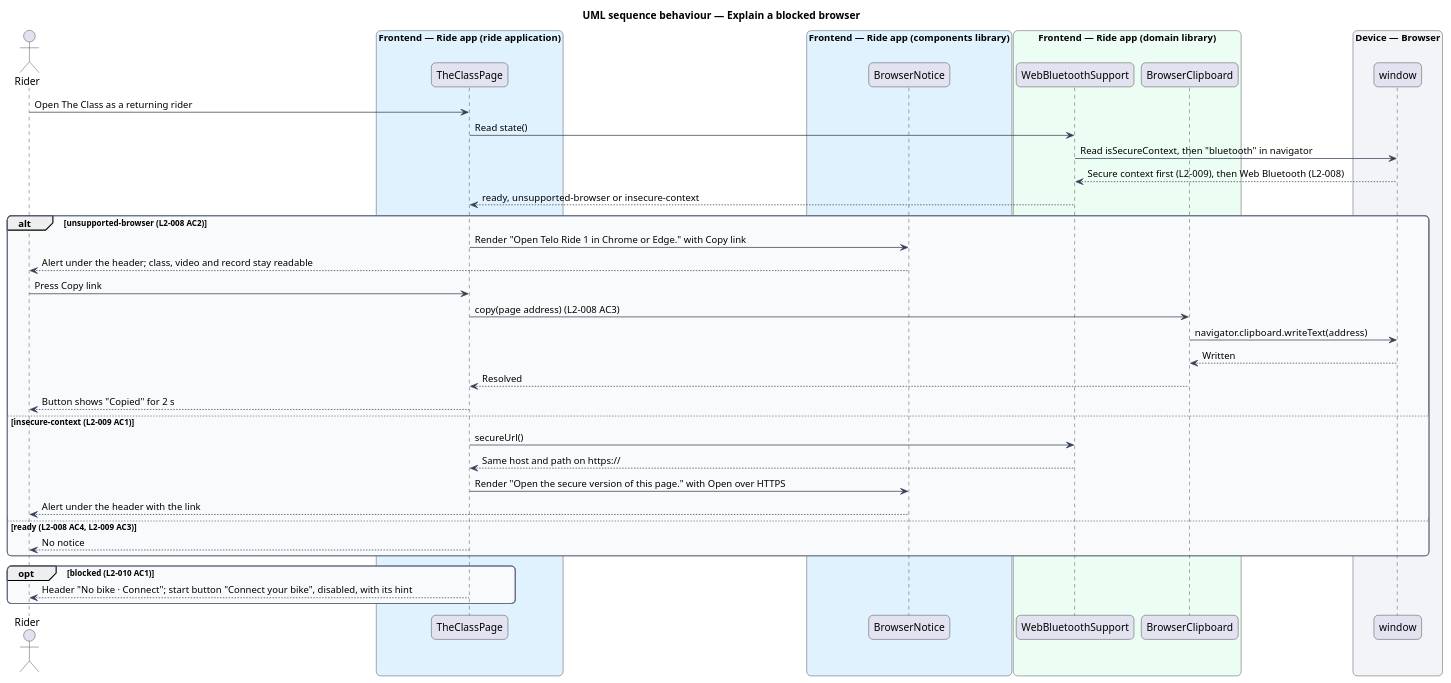
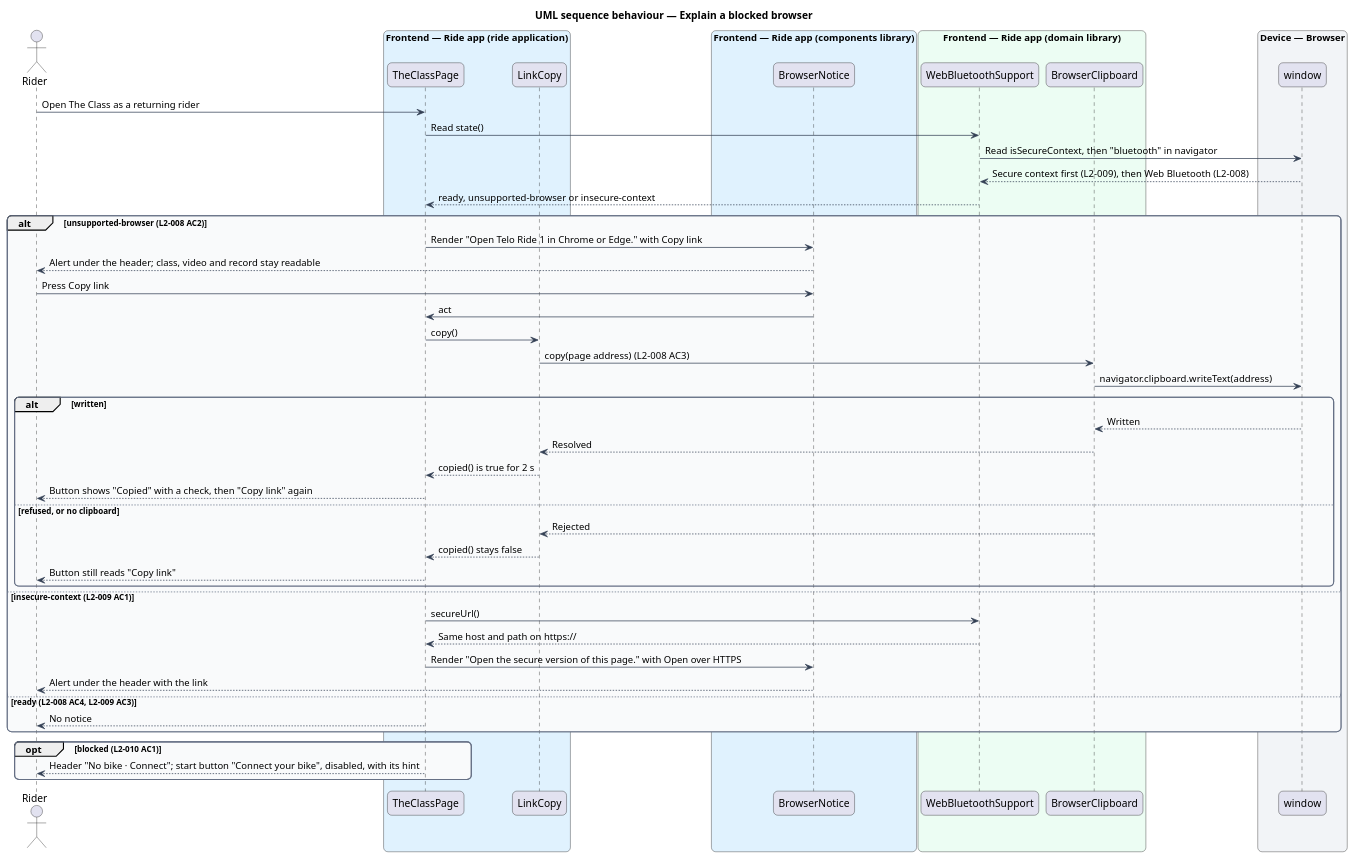
One commit to QuinntyneBrown/ride-one changed the diagram in docs/detailed-designs/bike/check-bike-and-browser-support/diagrams/sequence-explain-a-blocked-browser.puml. Above: the diagram before and after it, drawn with PlantUML. The commit also changed 86 other files, not shown here.

```diff
--- a/docs/detailed-designs/bike/check-bike-and-browser-support/diagrams/sequence-explain-a-blocked-browser.puml
+++ b/docs/detailed-designs/bike/check-bike-and-browser-support/diagrams/sequence-explain-a-blocked-browser.puml
@@ -1,56 +1,66 @@
 @startuml
 title UML sequence behaviour — Explain a blocked browser
 skinparam backgroundColor #FFFFFF
 skinparam shadowing false
 skinparam roundcorner 12
 skinparam defaultFontName Arial
 skinparam ArrowColor #344054
 skinparam rectangle {
   BorderColor #344054
   FontColor #101828
 }
 skinparam package {
   BorderColor #667085
   FontColor #101828
   BackgroundColor #F9FAFB
 }
 actor "Rider" as rider
 box "Frontend — Ride app (ride application)" #E0F2FE
   participant "TheClassPage" as page
+  participant "LinkCopy" as link
 end box
 box "Frontend — Ride app (components library)" #E0F2FE
   participant "BrowserNotice" as notice
 end box
 box "Frontend — Ride app (domain library)" #ECFDF3
   participant "WebBluetoothSupport" as support
   participant "BrowserClipboard" as clip
 end box
 box "Device — Browser" #F2F4F7
   participant "window" as window
 end box
 rider -> page : Open The Class as a returning rider
 page -> support : Read state()
 support -> window : Read isSecureContext, then "bluetooth" in navigator
 window --> support : Secure context first (L2-009), then Web Bluetooth (L2-008)
 support --> page : ready, unsupported-browser or insecure-context
 alt unsupported-browser (L2-008 AC2)
   page -> notice : Render "Open Telo Ride 1 in Chrome or Edge." with Copy link
   notice --> rider : Alert under the header; class, video and record stay readable
-  rider -> page : Press Copy link
-  page -> clip : copy(page address) (L2-008 AC3)
+  rider -> notice : Press Copy link
+  notice -> page : act
+  page -> link : copy()
+  link -> clip : copy(page address) (L2-008 AC3)
   clip -> window : navigator.clipboard.writeText(address)
-  window --> clip : Written
-  clip --> page : Resolved
-  page --> rider : Button shows "Copied" for 2 s
+  alt written
+    window --> clip : Written
+    clip --> link : Resolved
+    link --> page : copied() is true for 2 s
+    page --> rider : Button shows "Copied" with a check, then "Copy link" again
+  else refused, or no clipboard
+    clip --> link : Rejected
+    link --> page : copied() stays false
+    page --> rider : Button still reads "Copy link"
+  end
 else insecure-context (L2-009 AC1)
   page -> support : secureUrl()
   support --> page : Same host and path on https://
   page -> notice : Render "Open the secure version of this page." with Open over HTTPS
   notice --> rider : Alert under the header with the link
 else ready (L2-008 AC4, L2-009 AC3)
   page --> rider : No notice
 end
 opt blocked (L2-010 AC1)
   page --> rider : Header "No bike · Connect"; start button "Connect your bike", disabled, with its hint
 end
 @enduml
```
